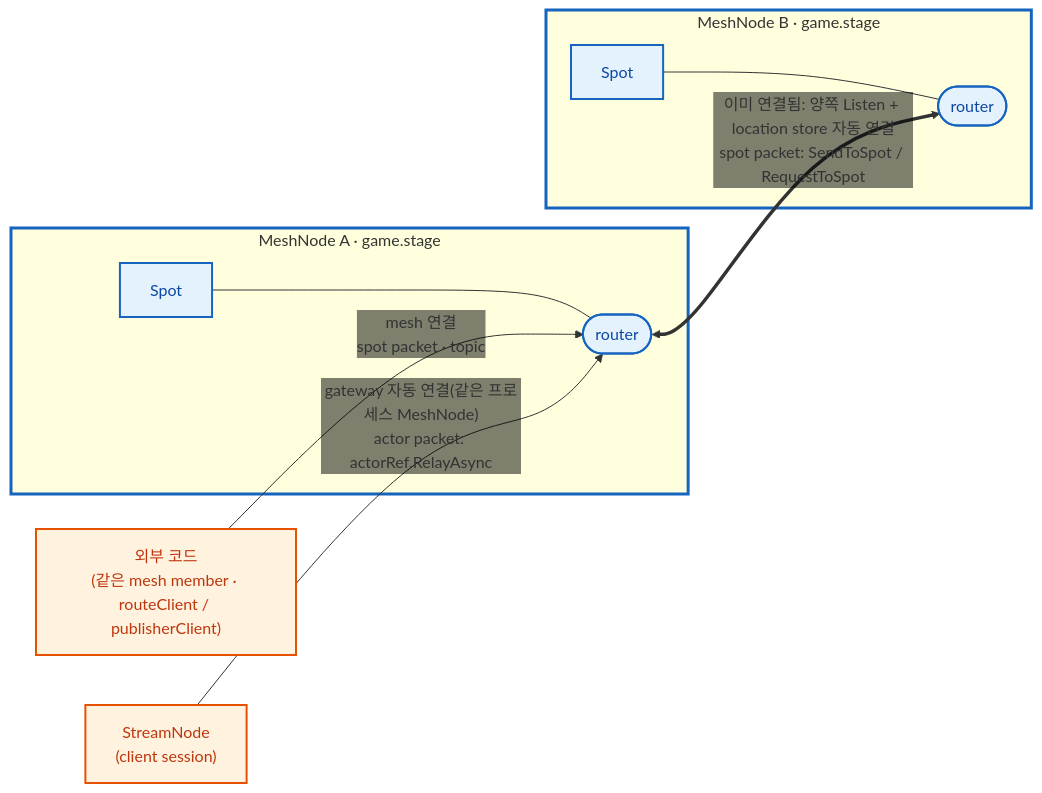
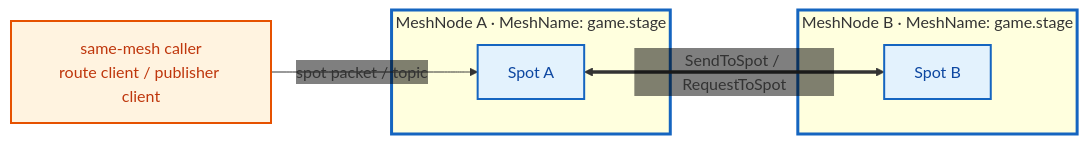
Before and after one commit to kairos-code-dev/zlink: the second of 3 diagrams in framework/doc/framework/dotnet/guide/06-spot.ko.md, drawn with Mermaid. The commit also changed other lines of this file and 1 other file, not shown here.

First line of the commit message:
docs(dotnet): align spot guide with route mesh

````diff
--- a/framework/doc/framework/dotnet/guide/06-spot.ko.md
+++ b/framework/doc/framework/dotnet/guide/06-spot.ko.md
@@ -853,19 +677,18 @@
 ```mermaid
 %%{init: {'themeVariables': {'edgeLabelBackground':'transparent'}}}%%
 flowchart LR
-  subgraph nodeA["MeshNode A · game.stage"]
-    spotA["Spot"] --- rA(["router"])
+  subgraph nodeA["MeshNode A · MeshName: game.stage"]
+    spotA["Spot A"]
   end
-  subgraph nodeB["MeshNode B · game.stage"]
-    spotB["Spot"] --- rB(["router"])
+  subgraph nodeB["MeshNode B · MeshName: game.stage"]
+    spotB["Spot B"]
   end
-  rA <==>|"이미 연결됨: 양쪽 Listen + location store 자동 연결<br/>spot packet: SendToSpot / RequestToSpot"| rB
-  api["외부 코드<br/>(같은 mesh member · routeClient / publisherClient)"] -->|"mesh 연결<br/>spot packet · topic"| rA
-  strm["StreamNode<br/>(client session)"] -->|"gateway 자동 연결(같은 프로세스 MeshNode)<br/>actor packet: actorRef.RelayAsync"| rA
+  spotA <==>|"SendToSpot / RequestToSpot"| spotB
+  api["same-mesh caller<br/>route client / publisher client"] -->|"spot packet / topic"| spotA
   classDef ownMesh fill:#e3f2fd,stroke:#1565c0,stroke-width:2px,color:#0d47a1;
   classDef ext fill:#fff3e0,stroke:#e65100,stroke-width:2px,color:#bf360c;
-  class spotA,spotB,rA,rB ownMesh;
-  class api,strm ext;
+  class spotA,spotB ownMesh;
+  class api ext;
   style nodeA stroke:#1565c0,stroke-width:3px
   style nodeB stroke:#1565c0,stroke-width:3px
 ```
````
